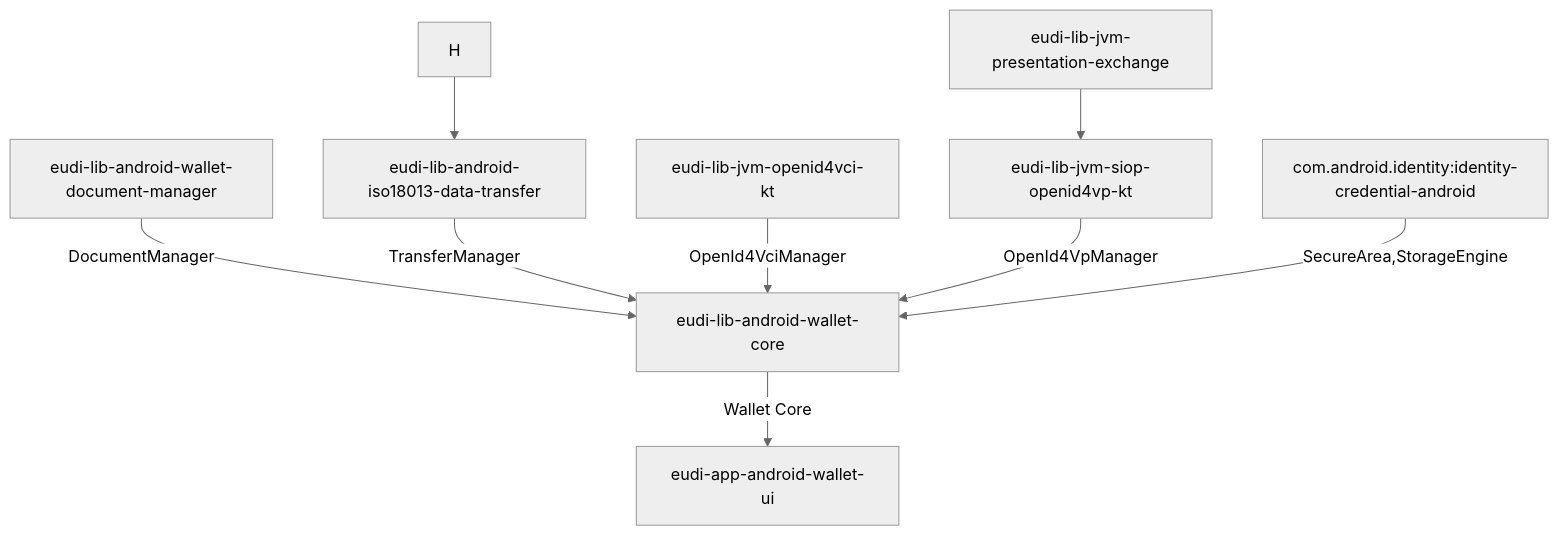
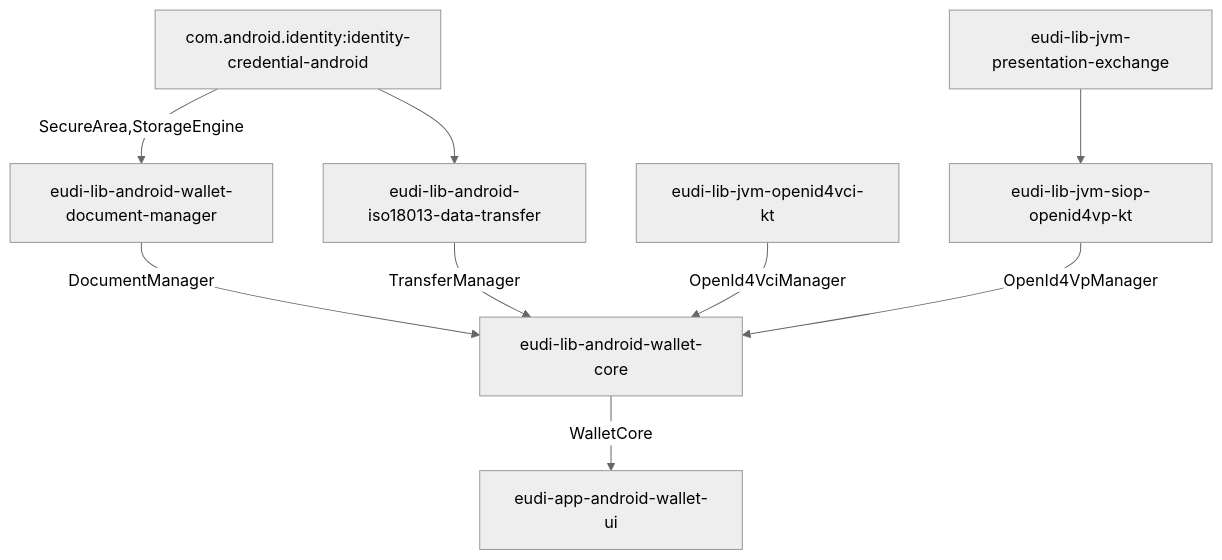
The first of 2 diagrams in profile/README.md (eu-digital-identity-wallet/.github), drawn with Mermaid (neutral theme) before and after one commit.

Commit message:
Fix relation H

````diff
--- a/profile/README.md
+++ b/profile/README.md
@@ -53,12 +53,12 @@
 ```mermaid
 graph TD;
     A[eudi-app-android-wallet-ui]
-    B[eudi-lib-android-wallet-core] -->  |Wallet Core|A 
-    C[eudi-lib-android-wallet-document-manager] -->  |DocumentManager|B 
-    D[eudi-lib-android-iso18013-data-transfer] --> |TransferManager|B 
-    E[eudi-lib-jvm-openid4vci-kt] --> |OpenId4VciManager|B 
-    F[eudi-lib-jvm-siop-openid4vp-kt] --> |OpenId4VpManager|B 
-    G[com.android.identity:identity-credential-android] --> |SecureArea,StorageEngine|B 
-    H --> D 
-    I[eudi-lib-jvm-presentation-exchange] --> F 
+    B[eudi-lib-android-wallet-core] --> |WalletCore| A
+    C[eudi-lib-android-wallet-document-manager] --> |DocumentManager| B
+    D[eudi-lib-android-iso18013-data-transfer] --> |TransferManager| B
+    E[eudi-lib-jvm-openid4vci-kt] --> |OpenId4VciManager| B
+    F[eudi-lib-jvm-siop-openid4vp-kt] --> |OpenId4VpManager| B
+    G[com.android.identity:identity-credential-android] --> |SecureArea,StorageEngine| C
+    G --> D
+    H[eudi-lib-jvm-presentation-exchange] --> F
 ```
````
